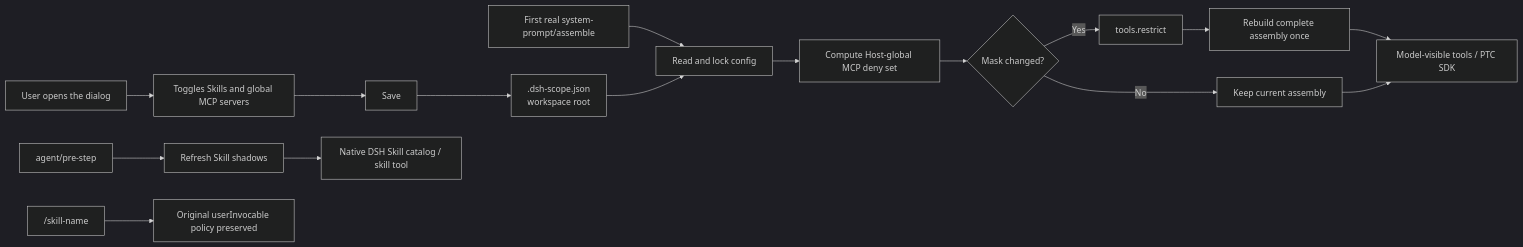
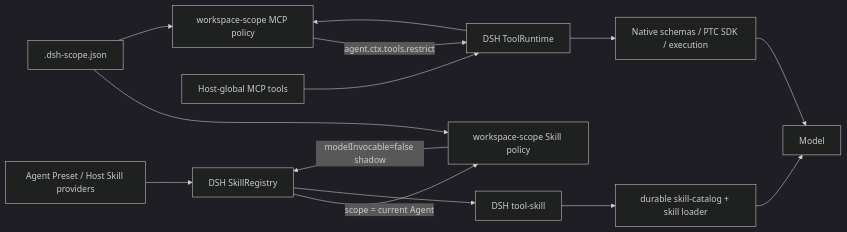
One commit to Ri0n72Y/dsh-workspace-scope changed the diagram in README.en.md. Above: the diagram before and after it, drawn with Mermaid (dark theme). The commit also changed other lines of this file and 15 other files, not shown here.

First line of the commit message:
feat: follow Agent Preset Skill scope in workspace policy (#18)

````diff
--- a/README.en.md
+++ b/README.en.md
@@ -50,18 +59,17 @@
 ```mermaid
 flowchart LR
-    A[User opens the dialog] --> B[Toggles Skills and global MCP servers]
-    B --> C[Save]
-    C --> D[.dsh-scope.json<br/>workspace root]
-    E[First real system-prompt/assemble] --> F[Read and lock config]
-    D --> F
-    F --> G[Compute Host-global MCP deny set]
-    G --> H{Mask changed?}
-    H -->|Yes| I[tools.restrict]
-    I --> J[Rebuild complete assembly once]
-    H -->|No| K[Keep current assembly]
-    J --> L[Model-visible tools / PTC SDK]
-    K --> L
-    M[agent/pre-step] --> N[Refresh Skill shadows]
-    N --> O[Native DSH Skill catalog / skill tool]
-    P["/skill-name"] --> Q[Original userInvocable policy preserved]
+    AP["Agent Preset / Host Skill providers"] --> SR["DSH SkillRegistry"]
+    SR -->|"scope = current Agent"| WS["workspace-scope Skill policy"]
+    CFG[".dsh-scope.json"] --> WS
+    WS -->|"modelInvocable=false shadow"| SR
+    SR --> TS["DSH tool-skill"]
+    TS --> SC["durable skill-catalog + skill loader"]
+    SC --> M["Model"]
+
+    GM["Host-global MCP tools"] --> TR["DSH ToolRuntime"]
+    CFG --> WR["workspace-scope MCP policy"]
+    TR --> WR
+    WR -->|"agent.ctx.tools.restrict"| TR
+    TR --> NP["Native schemas / PTC SDK / execution"]
+    NP --> M
 ```
````
